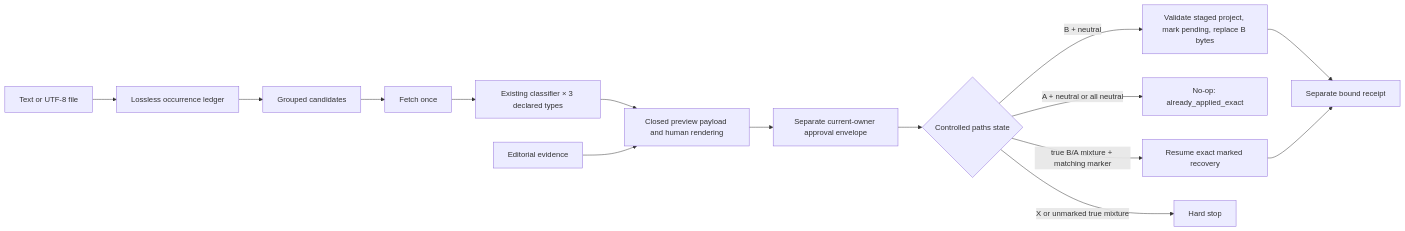
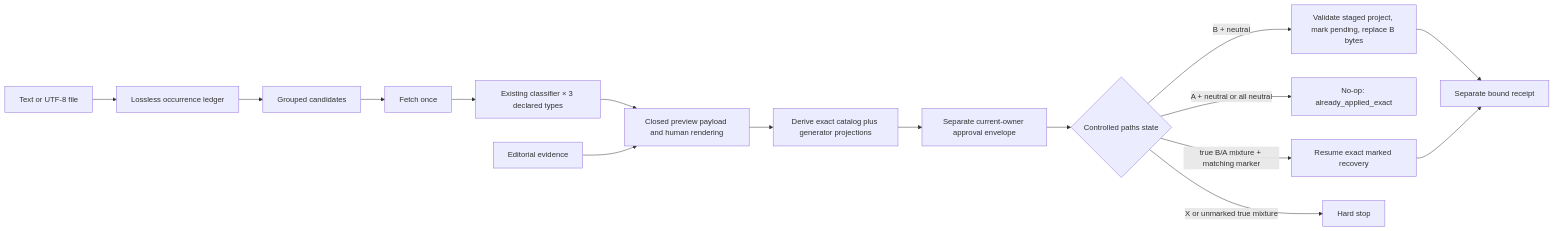
Before and after one commit to saubakirov/KZ-IT-telegram-list: the diagram in tasks/2026/20260828-201343__catalog_intake_commands/phase-a/RF__phase-a__intake_engine.md, drawn with Mermaid. The commit also changed other lines of this file and 3 other files, not shown here.

Commit message:
[codex/20260828-201343__catalog_intake_commands/phase-a/executor] complete exact authority revisions

````diff
--- a/tasks/2026/20260828-201343__catalog_intake_commands/phase-a/RF__phase-a__intake_engine.md
+++ b/tasks/2026/20260828-201343__catalog_intake_commands/phase-a/RF__phase-a__intake_engine.md
@@ -176,17 +185,18 @@
 ```mermaid
 flowchart LR
     S[Text or UTF-8 file] --> L[Lossless occurrence ledger]
     L --> C[Grouped candidates]
     C --> F[Fetch once]
     F --> T[Existing classifier × 3 declared types]
     T --> P[Closed preview payload and human rendering]
     E[Editorial evidence] --> P
-    P --> A[Separate current-owner approval envelope]
+    P --> D[Derive exact catalog plus generator projections]
+    D --> A[Separate current-owner approval envelope]
     A --> G{Controlled paths state}
     G -->|B + neutral| W[Validate staged project, mark pending, replace B bytes]
     G -->|A + neutral or all neutral| N[No-op: already_applied_exact]
     G -->|true B/A mixture + matching marker| R[Resume exact marked recovery]
     G -->|X or unmarked true mixture| X[Hard stop]
     W --> Q[Separate bound receipt]
     R --> Q
 ```
````
